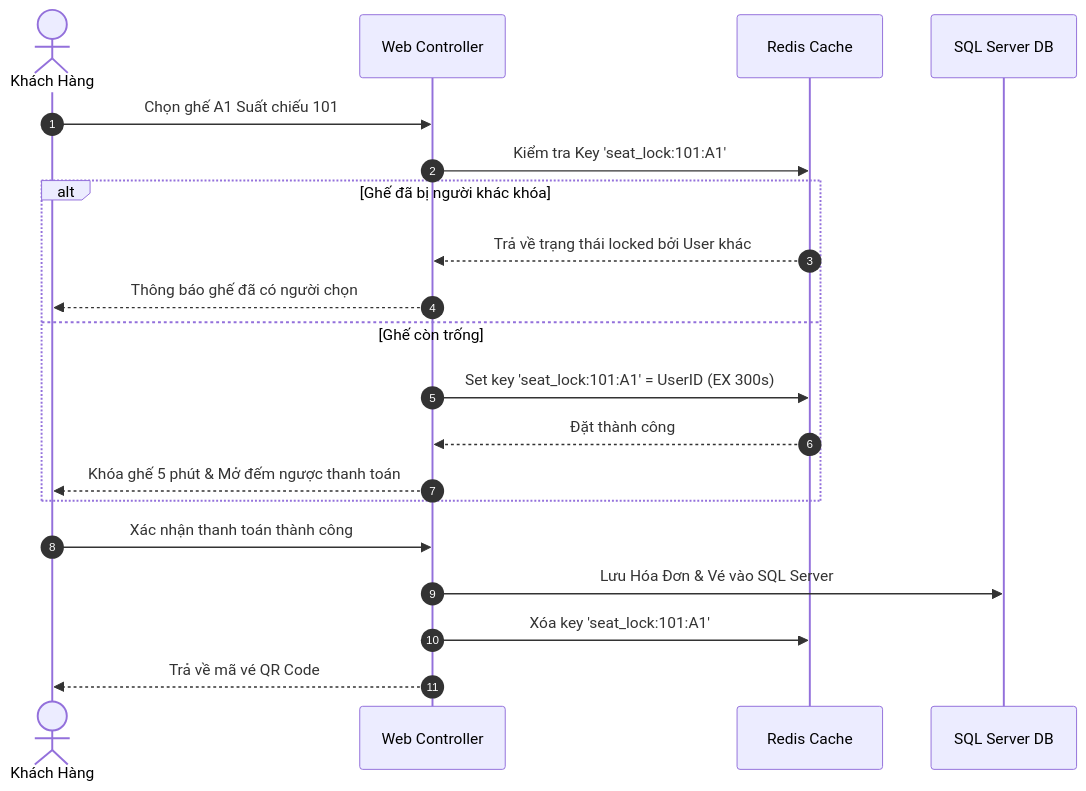
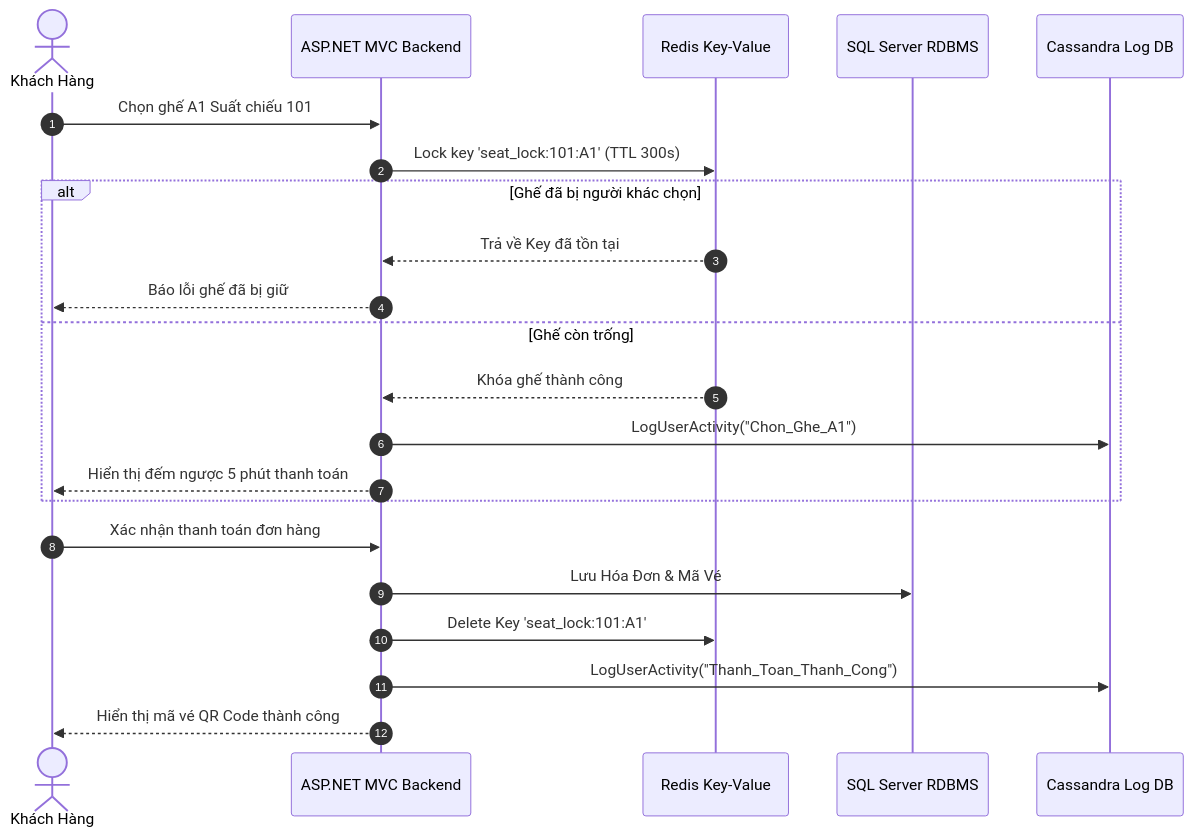
One commit to Anh-BE/WEB_DatVe_XemPhim changed the third of 3 diagrams in TaiLieu_SDS_ToanBo_HeThong_Movana.md. Above: the diagram before and after it, drawn with Mermaid. The commit also changed other lines of this file, not shown here.

Commit message:
[Doc] Cap nhat Tai lieu SDS Toan Bo He Thong v3.0 chi tiet 100% (SQL Server, MongoDB, Redis, Neo4j, Cassandra)

````diff
--- a/TaiLieu_SDS_ToanBo_HeThong_Movana.md
+++ b/TaiLieu_SDS_ToanBo_HeThong_Movana.md
@@ -193,24 +267,26 @@
 ```mermaid
 sequenceDiagram
     autonumber
     actor User as Khách Hàng
-    participant Web as Web Controller
-    participant Redis as Redis Cache
-    participant SQL as SQL Server DB
+    participant Web as ASP.NET MVC Backend
+    participant Redis as Redis Key-Value
+    participant SQL as SQL Server RDBMS
+    participant Cass as Cassandra Log DB
 
     User->>Web: Chọn ghế A1 Suất chiếu 101
-    Web->>Redis: Kiểm tra Key 'seat_lock:101:A1'
-    alt Ghế đã bị người khác khóa
-        Redis-->>Web: Trả về trạng thái locked bởi User khác
-        Web-->>User: Thông báo ghế đã có người chọn
+    Web->>Redis: Lock key 'seat_lock:101:A1' (TTL 300s)
+    alt Ghế đã bị người khác chọn
+        Redis-->>Web: Trả về Key đã tồn tại
+        Web-->>User: Báo lỗi ghế đã bị giữ
     else Ghế còn trống
-        Web->>Redis: Set key 'seat_lock:101:A1' = UserID (EX 300s)
-        Redis-->>Web: Đặt thành công
-        Web-->>User: Khóa ghế 5 phút & Mở đếm ngược thanh toán
+        Redis-->>Web: Khóa ghế thành công
+        Web->>Cass: LogUserActivity("Chon_Ghe_A1")
+        Web-->>User: Hiển thị đếm ngược 5 phút thanh toán
     end
 
-    User->>Web: Xác nhận thanh toán thành công
-    Web->>SQL: Lưu Hóa Đơn & Vé vào SQL Server
-    Web->>Redis: Xóa key 'seat_lock:101:A1'
-    Web-->>User: Trả về mã vé QR Code
+    User->>Web: Xác nhận thanh toán đơn hàng
+    Web->>SQL: Lưu Hóa Đơn & Mã Vé
+    Web->>Redis: Delete Key 'seat_lock:101:A1'
+    Web->>Cass: LogUserActivity("Thanh_Toan_Thanh_Cong")
+    Web-->>User: Hiển thị mã vé QR Code thành công
 ```
````
